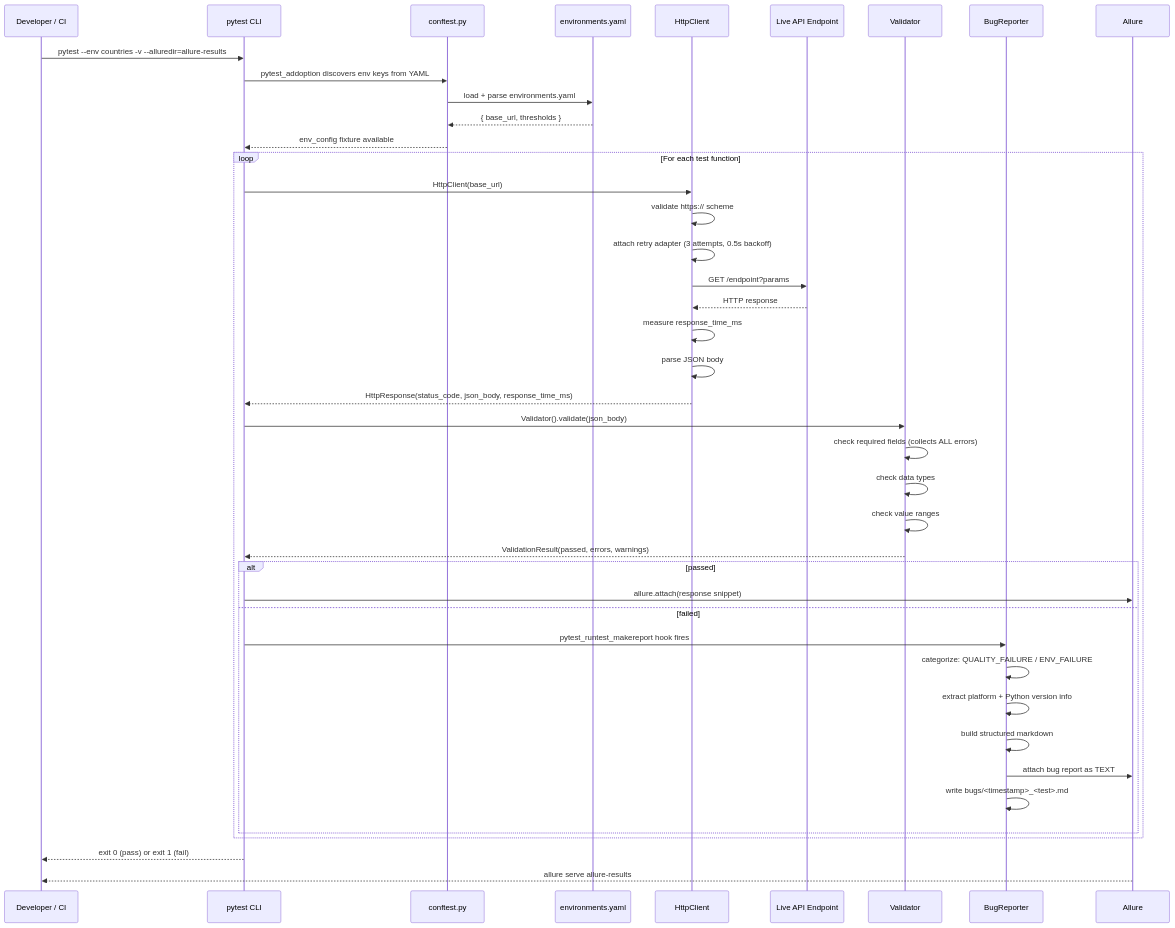
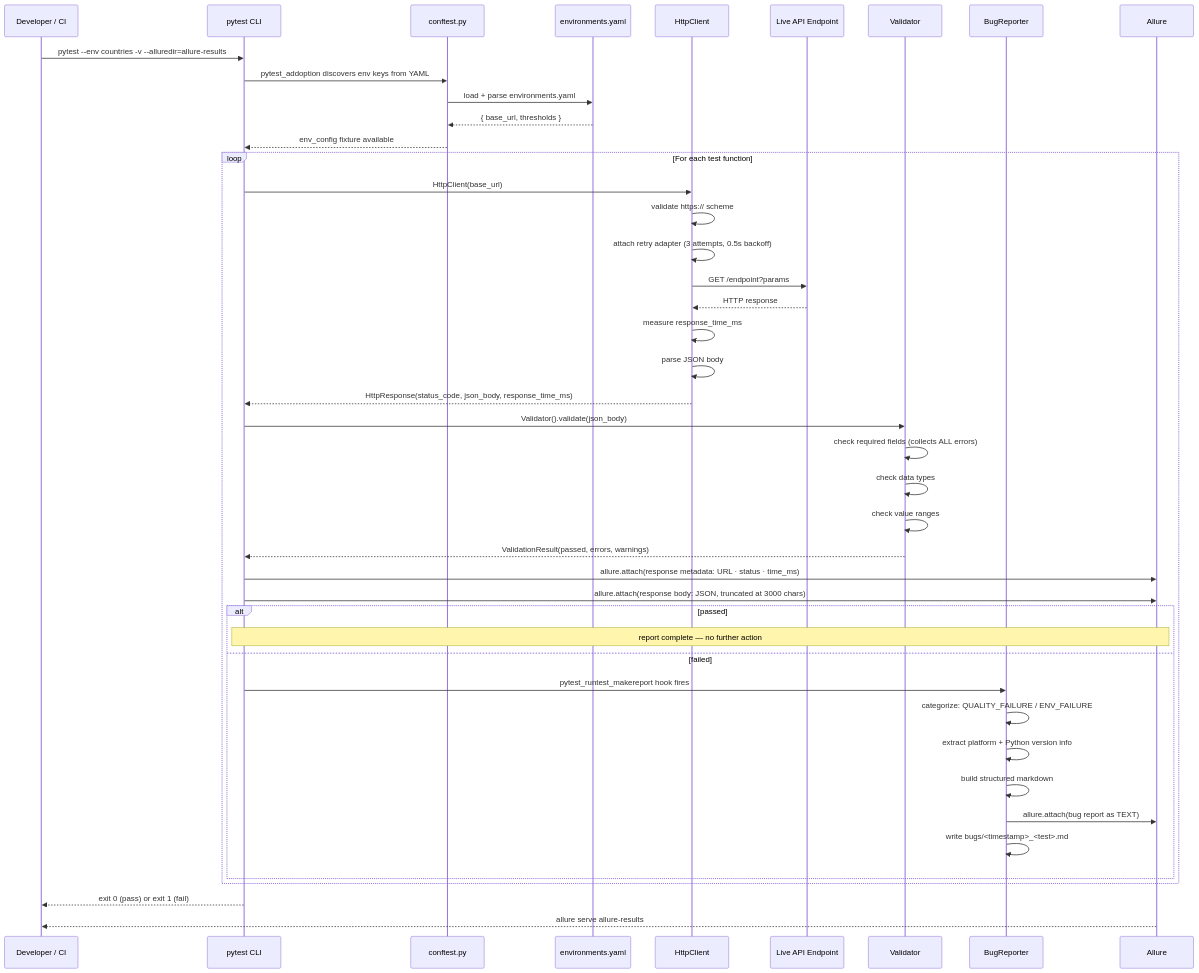
The second of 7 diagrams in README.md (sks-54/api-test-framework), drawn with Mermaid before and after one commit. The commit also changed 2 other files, not shown here.

````diff
--- a/README.md
+++ b/README.md
@@ -105,49 +105,52 @@
 ```mermaid
 sequenceDiagram
     participant Dev as Developer / CI
     participant CLI as pytest CLI
     participant CF as conftest.py
     participant YAML as environments.yaml
     participant HC as HttpClient
     participant API as Live API Endpoint
     participant VAL as Validator
     participant BUG as BugReporter
     participant AL as Allure
 
     Dev->>CLI: pytest --env countries -v --alluredir=allure-results
     CLI->>CF: pytest_addoption discovers env keys from YAML
     CF->>YAML: load + parse environments.yaml
     YAML-->>CF: { base_url, thresholds }
     CF-->>CLI: env_config fixture available
 
     loop For each test function
         CLI->>HC: HttpClient(base_url)
         HC->>HC: validate https:// scheme
         HC->>HC: attach retry adapter (3 attempts, 0.5s backoff)
         HC->>API: GET /endpoint?params
         API-->>HC: HTTP response
         HC->>HC: measure response_time_ms
         HC->>HC: parse JSON body
         HC-->>CLI: HttpResponse(status_code, json_body, response_time_ms)
 
         CLI->>VAL: Validator().validate(json_body)
         VAL->>VAL: check required fields (collects ALL errors)
         VAL->>VAL: check data types
         VAL->>VAL: check value ranges
         VAL-->>CLI: ValidationResult(passed, errors, warnings)
 
+        CLI->>AL: allure.attach(response metadata: URL · status · time_ms)
+        CLI->>AL: allure.attach(response body: JSON, truncated at 3000 chars)
+
         alt passed
-            CLI->>AL: allure.attach(response snippet)
+            Note over CLI,AL: report complete — no further action
         else failed
             CLI->>BUG: pytest_runtest_makereport hook fires
             BUG->>BUG: categorize: QUALITY_FAILURE / ENV_FAILURE
             BUG->>BUG: extract platform + Python version info
             BUG->>BUG: build structured markdown
-            BUG->>AL: attach bug report as TEXT
+            BUG->>AL: allure.attach(bug report as TEXT)
             BUG->>BUG: write bugs/<timestamp>_<test>.md
         end
     end
 
     CLI-->>Dev: exit 0 (pass) or exit 1 (fail)
     AL-->>Dev: allure serve allure-results
 ```
````
